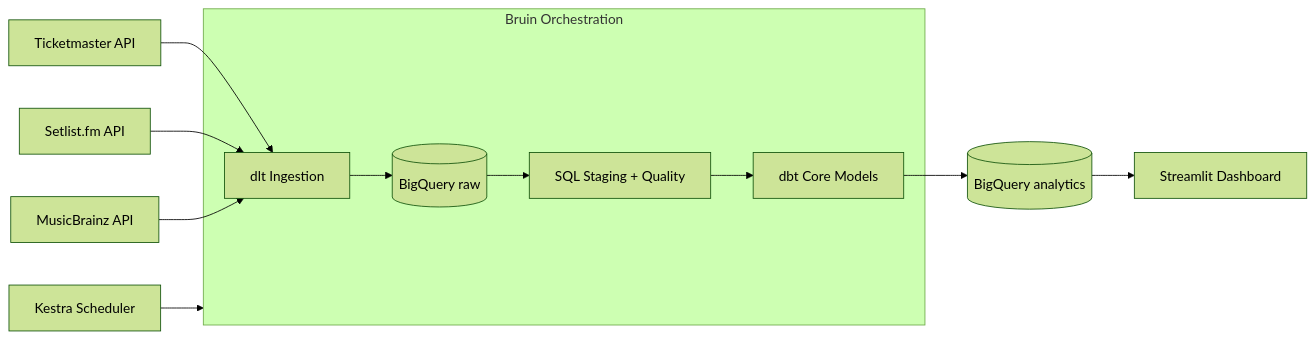
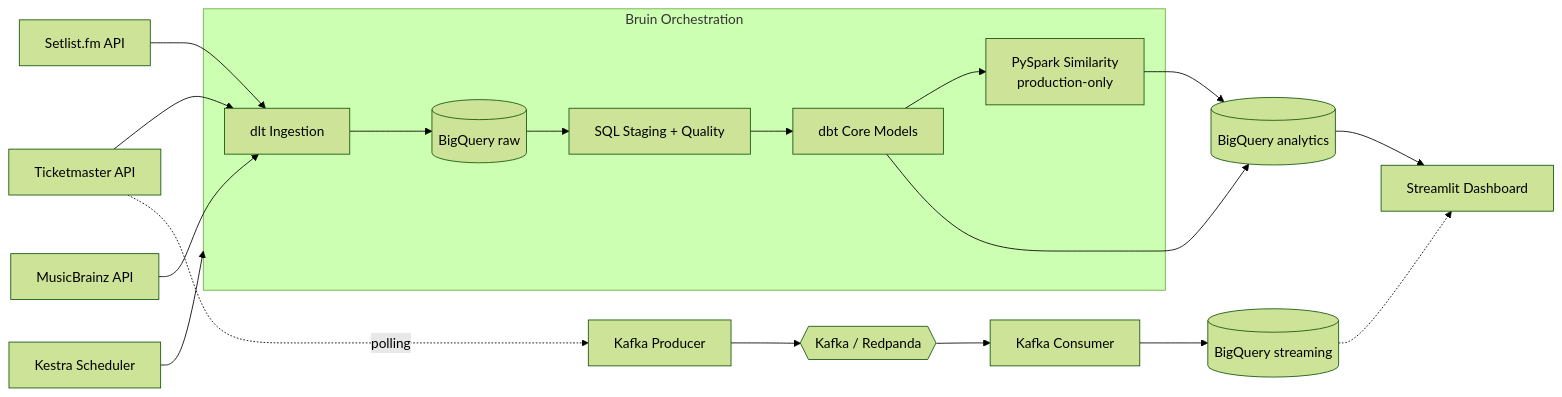
The diagram in README.md (lorenzoeder/gigwise-analytics), drawn with Mermaid (forest theme) before and after one commit. The commit also changed other lines of this file and 12 other files, not shown here.

Commit message:
Add Spark and Kafka components

````diff
--- a/README.md
+++ b/README.md
@@ -56,17 +56,25 @@
 ```mermaid
 flowchart LR
 	TM[Ticketmaster API] --> DLT[dlt Ingestion]
 	SL[Setlist.fm API] --> DLT
 	MB[MusicBrainz API] --> DLT
 
 	subgraph Bruin[Bruin Orchestration]
 		DLT --> BQRAW[(BigQuery raw)]
 		BQRAW --> SQL[SQL Staging + Quality]
 		SQL --> DBT[dbt Core Models]
+		DBT --> SPARK[PySpark Similarity\nproduction-only]
 	end
 
 	DBT --> BQANA[(BigQuery analytics)]
+	SPARK --> BQANA
 	BQANA --> ST[Streamlit Dashboard]
+	BQSTR -.-> ST
 
 	KE[Kestra Scheduler] --> Bruin
+
+	TM -.->|polling| KP[Kafka Producer]
+	KP --> KF{{Kafka / Redpanda}}
+	KF --> KC[Kafka Consumer]
+	KC --> BQSTR[(BigQuery streaming)]
 ```
````
